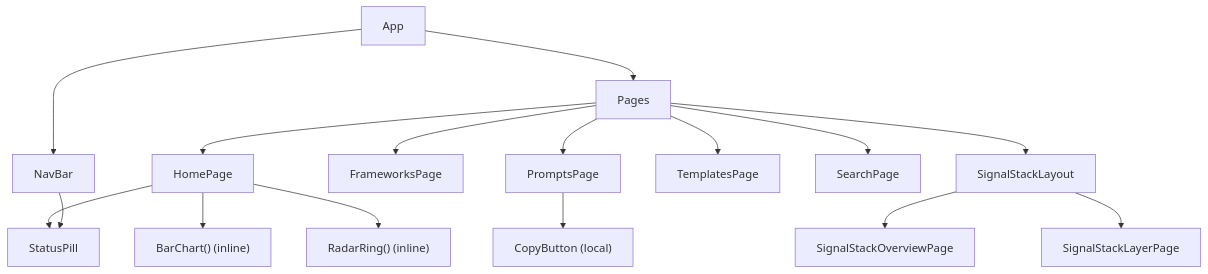
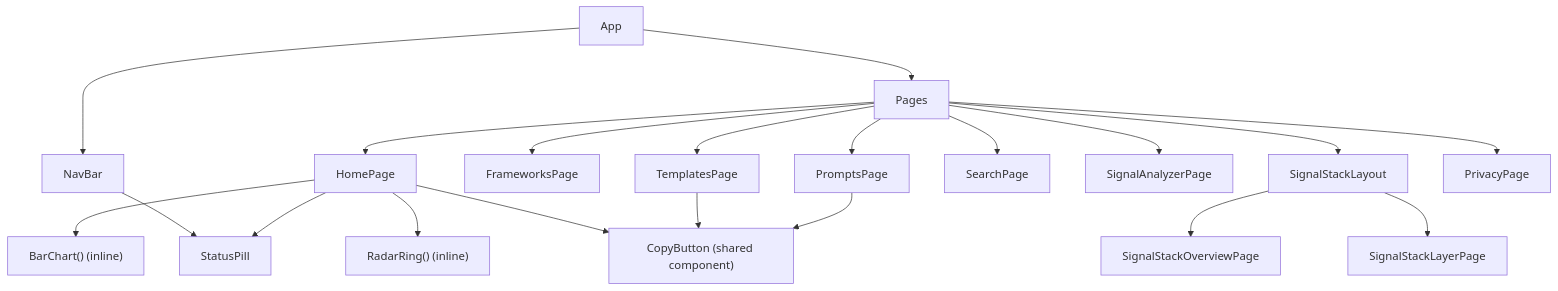
Before and after one commit to invisible-signals/invisible-signals: the second of 2 diagrams in .github/architecture.md, drawn with Mermaid. The commit also changed other lines of this file and 16 other files, not shown here.

Commit message:
feat: implement CopyButton, PageHeader, and TagChip components; enhance PromptsPage, TemplatesPage, and FrameworksPage with new components; update architecture and testing documentation

````diff
--- a/.github/architecture.md
+++ b/.github/architecture.md
@@ -119,19 +135,23 @@
 ```mermaid
 graph TD
     App --> NavBar
     App --> Pages
     Pages --> HomePage
     Pages --> FrameworksPage
     Pages --> PromptsPage
     Pages --> TemplatesPage
     Pages --> SearchPage
+    Pages --> SignalAnalyzerPage
     Pages --> SignalStackLayout
+    Pages --> PrivacyPage
     SignalStackLayout --> SignalStackOverviewPage
     SignalStackLayout --> SignalStackLayerPage
 
-    PromptsPage --> CopyButton["CopyButton (local)"]
+    PromptsPage --> CopyButton["CopyButton (shared component)"]
+    TemplatesPage --> CopyButton
+    HomePage --> CopyButton
     HomePage --> BarChart["BarChart() (inline)"]
     HomePage --> RadarRing["RadarRing() (inline)"]
     HomePage --> StatusPill
     NavBar --> StatusPill
 ```
````
